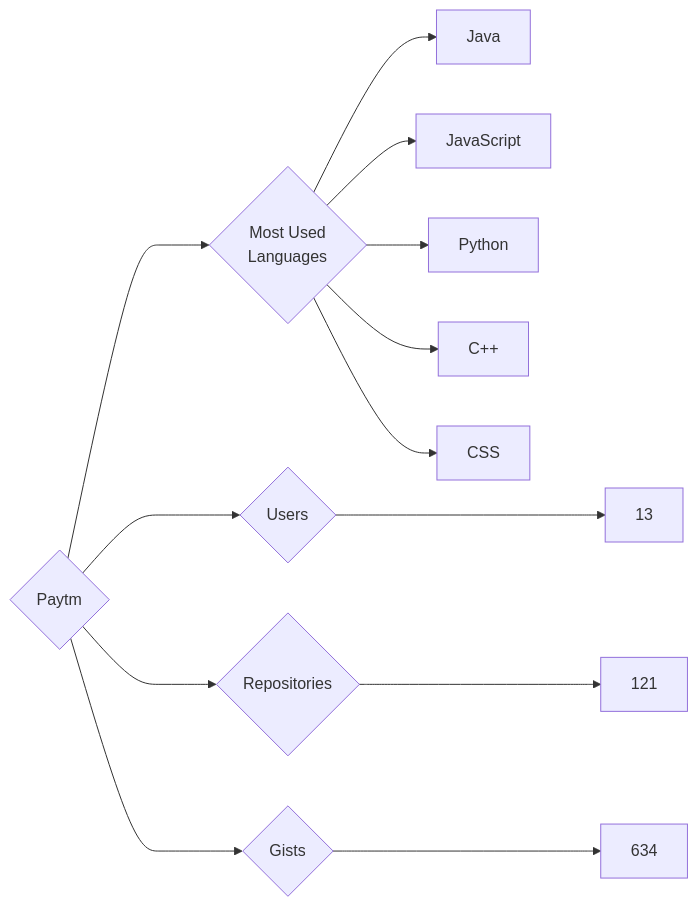
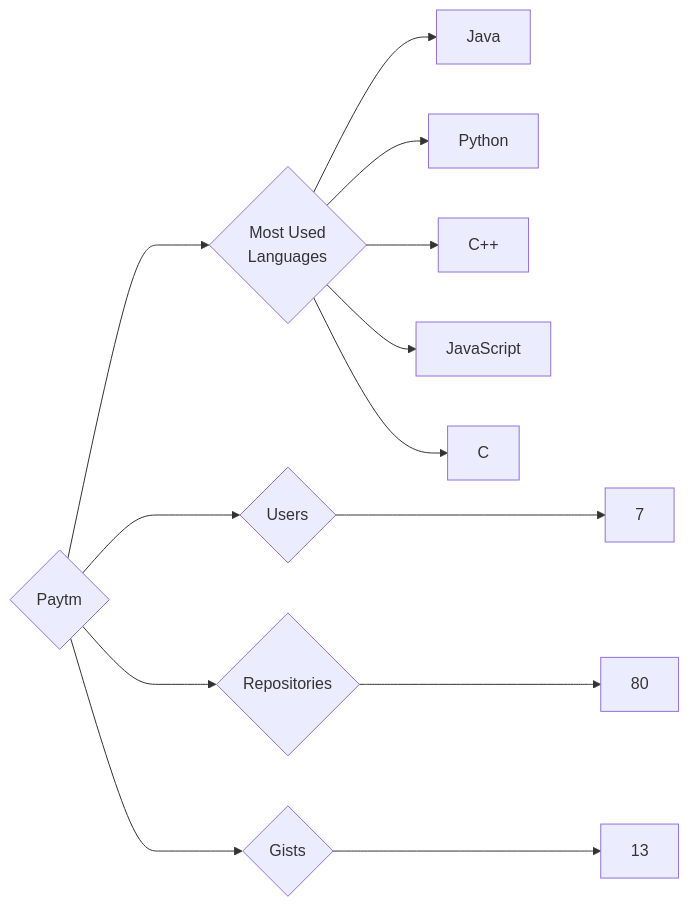
One commit to trickest/insiders changed the diagram in targets/Paytm/README.md. Above: the diagram before and after it, drawn with Mermaid. The commit also changed 1496 other files, not shown here.

````diff
--- a/targets/Paytm/README.md
+++ b/targets/Paytm/README.md
@@ -3,13 +3,13 @@
 ```mermaid
 graph LR
 COMPANY_NAME{Paytm}
-COMPANY_NAME ---> U{Users} ---> UN[13]
-COMPANY_NAME ---> R{Repositories} ---> RN[121]
-COMPANY_NAME ---> G{Gists} ---> GN[634]
+COMPANY_NAME ---> U{Users} ---> UN[7]
+COMPANY_NAME ---> R{Repositories} ---> RN[80]
+COMPANY_NAME ---> G{Gists} ---> GN[13]
 COMPANY_NAME ---> ML{Most Used<br>Languages}
 ML --> Java[Java]
-ML --> JavaScript[JavaScript]
 ML --> Python[Python]
 ML --> C++[C++]
-ML --> CSS[CSS]
+ML --> JavaScript[JavaScript]
+ML --> C[C]
 ```
````
